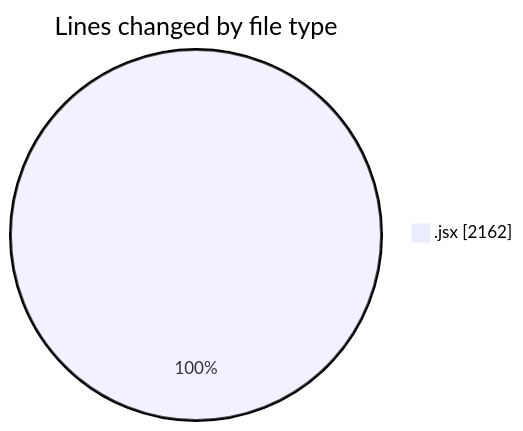
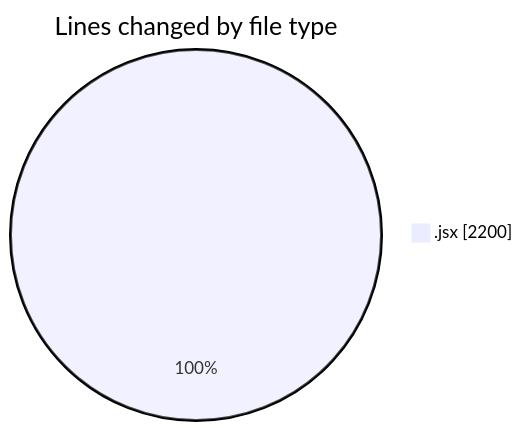
One commit to nxtqubesakshisongat/code-tracking changed the first of 2 diagrams in 2025-05-13/argos-dev/README.md. Above: the diagram before and after it, drawn with Mermaid. The commit also changed other lines of this file and 1 other file, not shown here.

````diff
--- a/2025-05-13/argos-dev/README.md
+++ b/2025-05-13/argos-dev/README.md
@@ -23,5 +23,5 @@
 ```mermaid
 pie showData
 title Lines changed by file type
-".jsx" : 2162
+".jsx" : 2200
 ```
````
